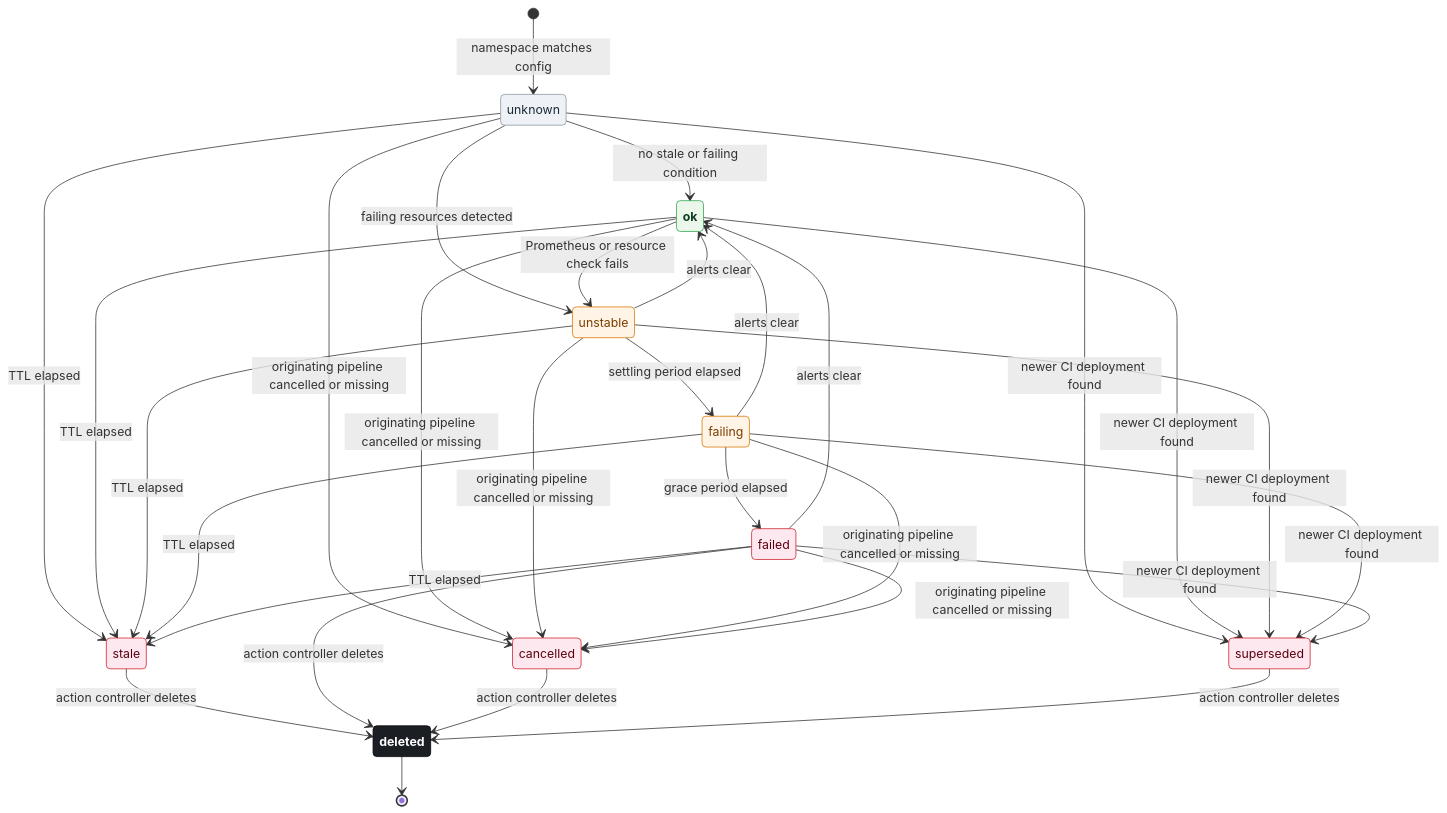
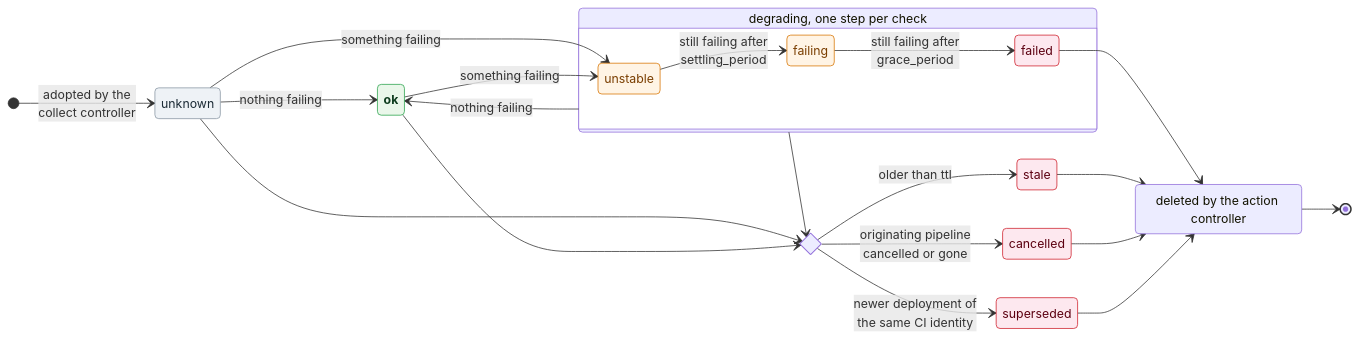
The second of 2 diagrams in README.md (ska-telescope/ska-namespace-manager), drawn with Mermaid before and after one commit. The commit also changed other lines of this file, not shown here.

Commit message:
ST-2970: Major documentation update

````diff
--- a/README.md
+++ b/README.md
@@ -95,51 +94,43 @@
 ```mermaid
 stateDiagram-v2
-    direction TB
-    [*] --> unknown: namespace matches config
+    direction LR
+    [*] --> unknown: adopted by the<br/>collect controller
 
-    unknown --> ok: no stale or failing condition
-    unknown --> unstable: failing resources detected
-    unknown --> stale: TTL elapsed
-    unknown --> cancelled: originating pipeline cancelled or missing
-    unknown --> superseded: newer CI deployment found
+    unknown --> ok: nothing failing
+    unknown --> unstable: something failing
+    ok --> unstable: something failing
 
-    ok --> unstable: Prometheus or resource check fails
-    ok --> stale: TTL elapsed
-    ok --> cancelled: originating pipeline cancelled or missing
-    ok --> superseded: newer CI deployment found
+    state "degrading, one step per check" as degrading {
+        direction LR
+        unstable --> failing: still failing after<br/>settling_period
+        failing --> failed: still failing after<br/>grace_period
+    }
 
-    unstable --> ok: alerts clear
-    unstable --> failing: settling period elapsed
-    unstable --> stale: TTL elapsed
-    unstable --> cancelled: originating pipeline cancelled or missing
-    unstable --> superseded: newer CI deployment found
+    degrading --> ok: nothing failing
 
-    failing --> ok: alerts clear
-    failing --> failed: grace period elapsed
-    failing --> stale: TTL elapsed
-    failing --> cancelled: originating pipeline cancelled or missing
-    failing --> superseded: newer CI deployment found
+    state one_way <<choice>>
+    unknown --> one_way
+    ok --> one_way
+    degrading --> one_way
 
-    failed --> ok: alerts clear
-    failed --> stale: TTL elapsed
-    failed --> cancelled: originating pipeline cancelled or missing
-    failed --> superseded: newer CI deployment found
+    one_way --> stale: older than ttl
+    one_way --> cancelled: originating pipeline<br/>cancelled or gone
+    one_way --> superseded: newer deployment of<br/>the same CI identity
 
-    stale --> deleted: action controller deletes
-    failed --> deleted: action controller deletes
-    cancelled --> deleted: action controller deletes
-    superseded --> deleted: action controller deletes
+    state "deleted by the action controller" as deleted
+    failed --> deleted
+    stale --> deleted
+    cancelled --> deleted
+    superseded --> deleted
     deleted --> [*]
 
     classDef initial fill:#eef2f6,stroke:#8b98a5,color:#1c2b36;
     classDef healthy fill:#eaf7ea,stroke:#2da44e,color:#0f3d1f,font-weight:bold;
-    classDef degraded fill:#fff4e5,stroke:#d97706,color:#7a3e00;
+    classDef unhealthy fill:#fff4e5,stroke:#d97706,color:#7a3e00;
     classDef terminal fill:#fde8ef,stroke:#cf222e,color:#5c0011;
-    classDef removed fill:#1b1f24,stroke:#000000,color:#ffffff,font-weight:bold;
 
     class unknown initial
     class ok healthy
-    class unstable,failing degraded
+    class unstable,failing unhealthy
     class stale,failed,cancelled,superseded terminal
-    class deleted removed
 ```
````
